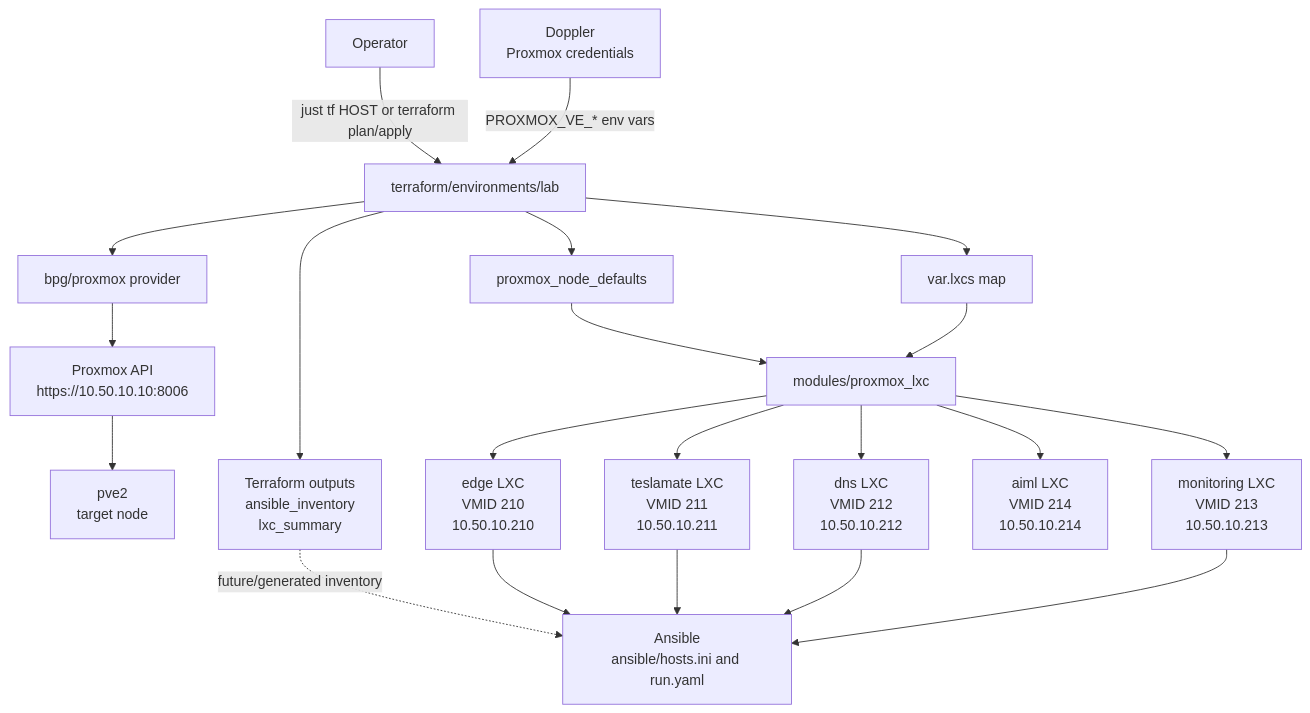
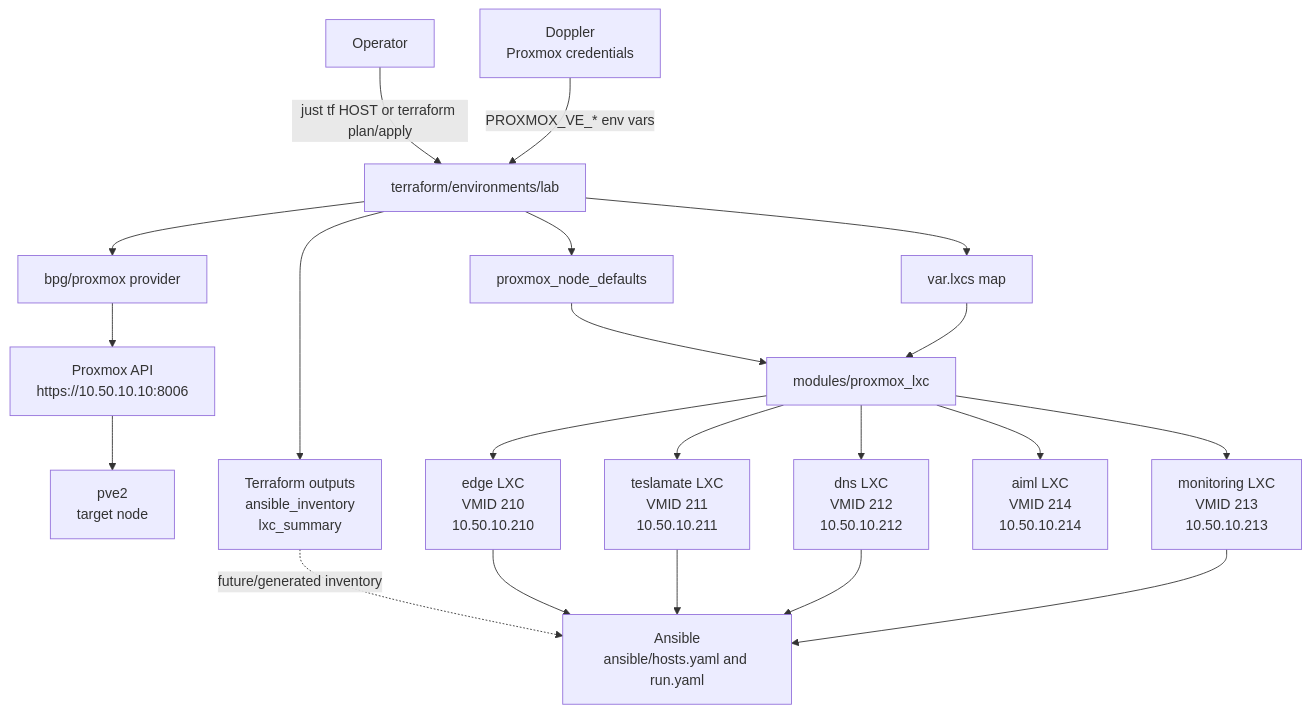
One commit to NeK000/infra changed the diagram in docs/terraform.md. Above: the diagram before and after it, drawn with Mermaid. The commit also changed other lines of this file and 23 other files, not shown here.

````diff
--- a/docs/terraform.md
+++ b/docs/terraform.md
@@ -21,46 +21,46 @@
 ```mermaid
 flowchart TB
     operator[Operator]
     doppler[Doppler<br/>Proxmox credentials]
     tfenv[terraform/environments/lab]
     provider[bpg/proxmox provider]
     proxmox[Proxmox API<br/>https://10.50.10.10:8006]
     pve2[pve2<br/>target node]
 
     defaults[proxmox_node_defaults]
     lxcs[var.lxcs map]
     lxcModule[modules/proxmox_lxc]
 
     edge[edge LXC<br/>VMID 210<br/>10.50.10.210]
     teslamate[teslamate LXC<br/>VMID 211<br/>10.50.10.211]
     dns[dns LXC<br/>VMID 212<br/>10.50.10.212]
     monitoring[monitoring LXC<br/>VMID 213<br/>10.50.10.213]
     aiml[aiml LXC<br/>VMID 214<br/>10.50.10.214]
 
     outputs[Terraform outputs<br/>ansible_inventory<br/>lxc_summary]
-    ansible[Ansible<br/>ansible/hosts.ini and run.yaml]
+    ansible[Ansible<br/>ansible/hosts.yaml and run.yaml]
 
     operator -->|just tf HOST or terraform plan/apply| tfenv
     doppler -->|PROXMOX_VE_* env vars| tfenv
     tfenv --> provider
     provider --> proxmox
     proxmox --> pve2
 
     tfenv --> defaults
     tfenv --> lxcs
     defaults --> lxcModule
     lxcs --> lxcModule
 
     lxcModule --> edge
     lxcModule --> teslamate
     lxcModule --> dns
     lxcModule --> monitoring
     lxcModule --> aiml
 
     tfenv --> outputs
     outputs -. future/generated inventory .-> ansible
     edge --> ansible
     teslamate --> ansible
     dns --> ansible
     monitoring --> ansible
 ```
````
